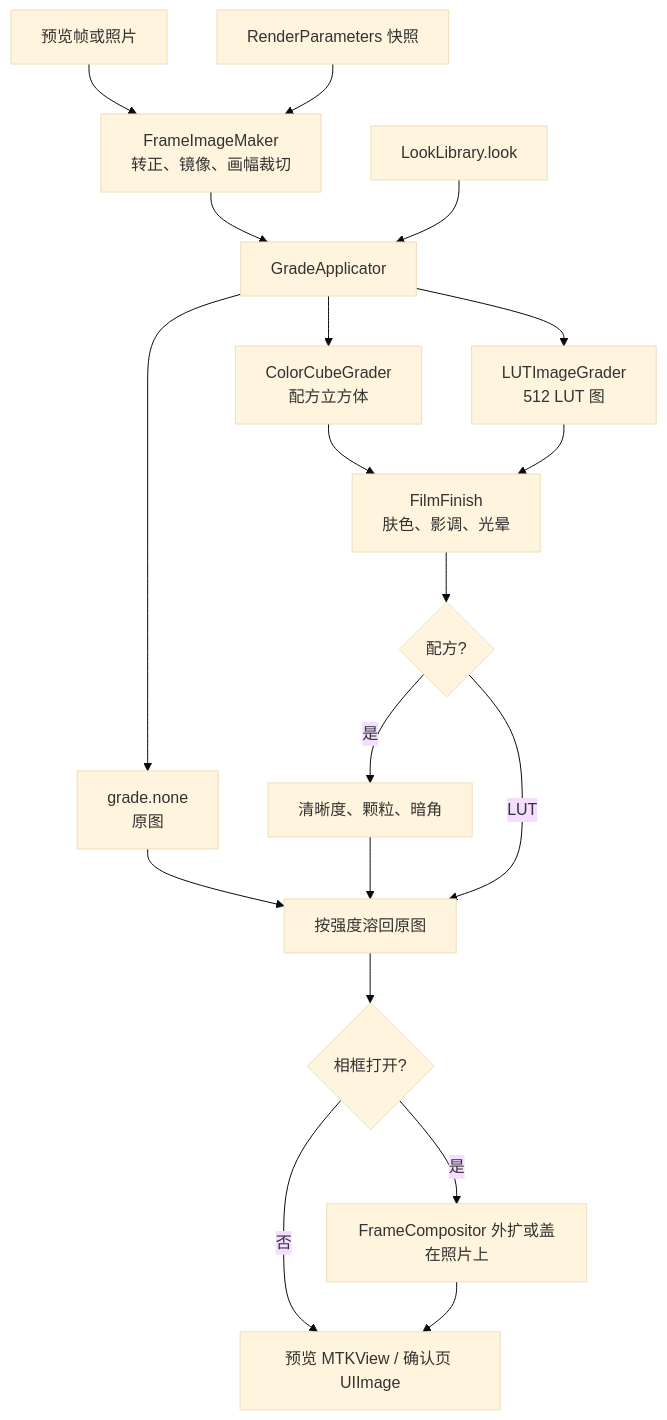
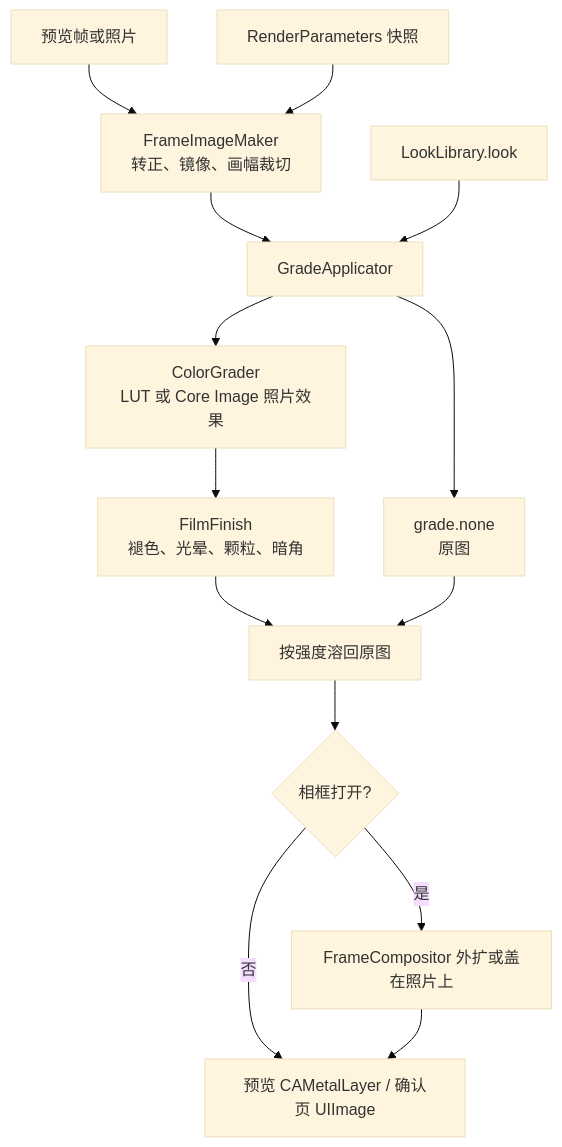
One commit to zhe-ma/angie-filter changed the third of 6 diagrams in design/architecture.md. Above: the diagram before and after it, drawn with Mermaid (base theme). The commit also changed other lines of this file and 148 other files, not shown here.

First line of the commit message:
把滤镜换成开源胶片 LUT 和 Core Image 内置效果，并写下 Live Photo 和录像的采集路线。

````diff
--- a/design/architecture.md
+++ b/design/architecture.md
@@ -80,21 +80,16 @@
 ```mermaid
 flowchart TB
   frame["预览帧或照片"] --> geo["FrameImageMaker<br/>转正、镜像、画幅裁切"]
   snap["RenderParameters 快照"] --> geo
   geo --> apply["GradeApplicator"]
   lib["LookLibrary.look"] --> apply
   apply --> none["grade.none<br/>原图"]
-  apply --> cube["ColorCubeGrader<br/>配方立方体"]
-  apply --> lut["LUTImageGrader<br/>512 LUT 图"]
-  cube --> finish["FilmFinish<br/>肤色、影调、光晕"]
-  lut --> finish
-  finish --> spatial{"配方?"}
-  spatial -->|是| rest["清晰度、颗粒、暗角"]
-  spatial -->|LUT| mix["按强度溶回原图"]
+  apply --> color["ColorGrader<br/>LUT 或 Core Image 照片效果"]
+  color --> finish["FilmFinish<br/>褪色、光晕、颗粒、暗角"]
+  finish --> mix["按强度溶回原图"]
   none --> mix
-  rest --> mix
   mix --> border{"相框打开?"}
-  border -->|否| out["预览 MTKView / 确认页 UIImage"]
+  border -->|否| out["预览 CAMetalLayer / 确认页 UIImage"]
   border -->|是| frameOut["FrameCompositor 外扩或盖在照片上"]
   frameOut --> out
 ```
````
